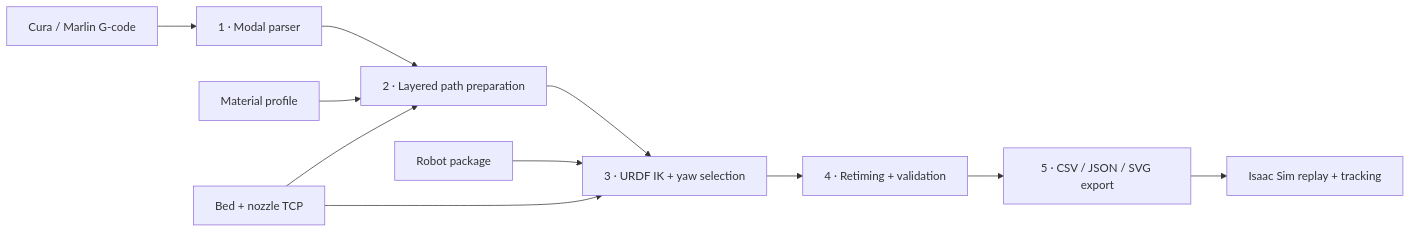
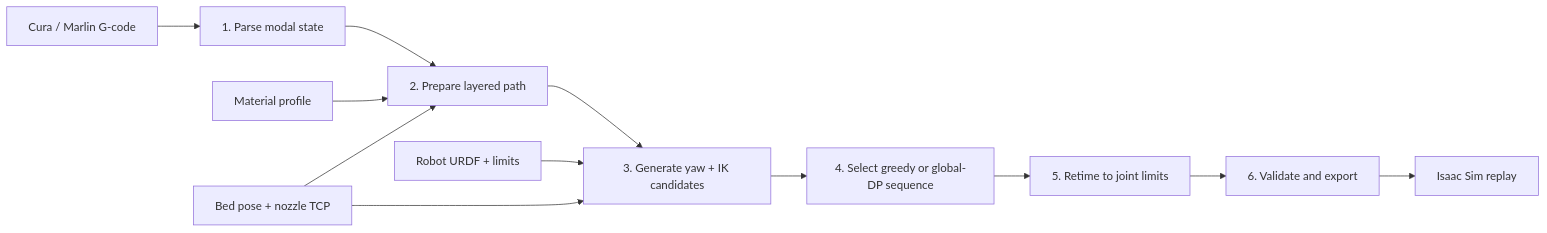
Before and after one commit to ZehaoDang1127/Robot-Arm-3D-Printing: the diagram in README.md, drawn with Mermaid. The commit also changed other lines of this file and 1775 other files, not shown here.

````diff
--- a/README.md
+++ b/README.md
@@ -75,14 +27,15 @@
 ```mermaid
 flowchart LR
-    A["Cura / Marlin G-code"] --> B["1 · Modal parser"]
-    B --> C["2 · Layered path preparation"]
-    C --> D["3 · URDF IK + yaw selection"]
-    D --> E["4 · Retiming + validation"]
-    E --> F["5 · CSV / JSON / SVG export"]
-    F --> G["Isaac Sim replay + tracking"]
+    A["Cura / Marlin G-code"] --> B["1. Parse modal state"]
+    B --> C["2. Prepare layered path"]
+    C --> D["3. Generate yaw + IK candidates"]
+    D --> E["4. Select greedy or global-DP sequence"]
+    E --> F["5. Retime to joint limits"]
+    F --> G["6. Validate and export"]
+    G --> H["Isaac Sim replay"]
 
-    H["Material profile"] --> C
-    I["Robot package"] --> D
-    J["Bed + nozzle TCP"] --> C
-    J --> D
+    M["Material profile"] --> C
+    R["Robot URDF + limits"] --> D
+    W["Bed pose + nozzle TCP"] --> C
+    W --> D
 ```
````
